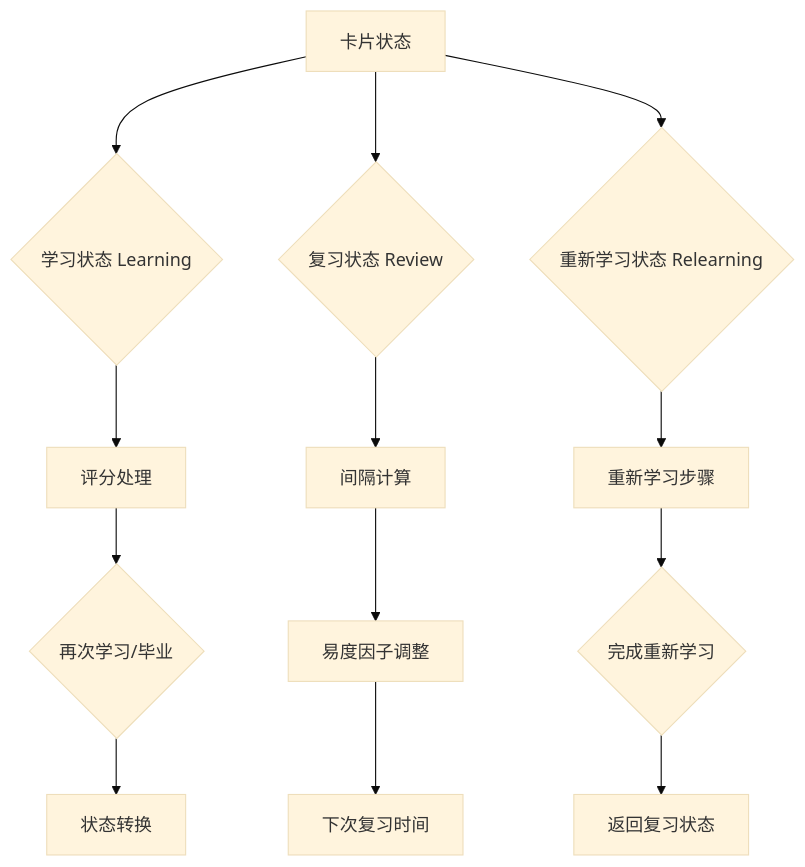
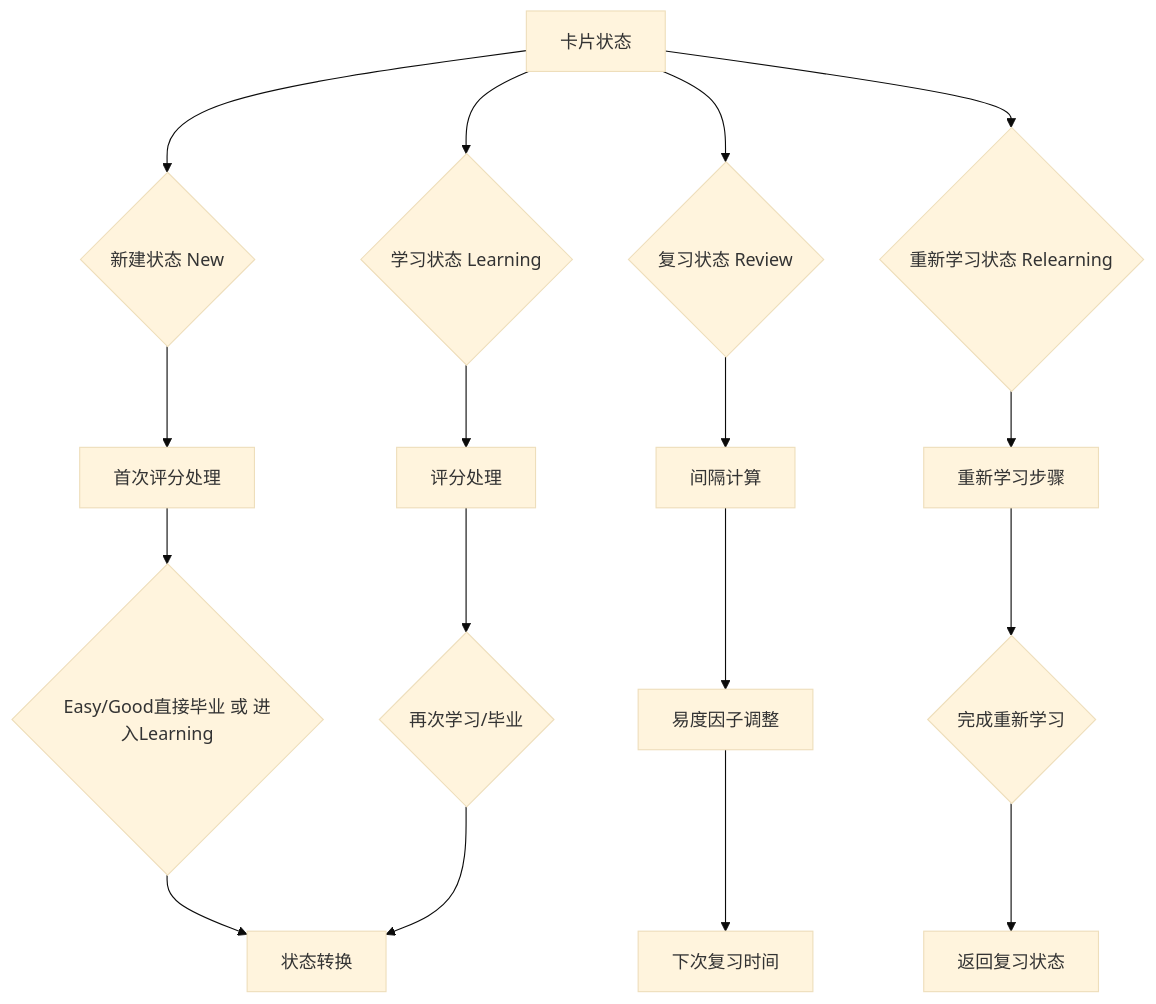
The diagram in .zread/wiki/versions/2026-04-17-125611/8-sm-2suan-fa-shi-xian.md (410122/newanki2), drawn with Mermaid (base theme) before and after one commit. The commit also changed other lines of this file and 13 other files, not shown here.

````diff
--- a/.zread/wiki/versions/2026-04-17-125611/8-sm-2suan-fa-shi-xian.md
+++ b/.zread/wiki/versions/2026-04-17-125611/8-sm-2suan-fa-shi-xian.md
@@ -7,18 +7,23 @@
 ```mermaid
 flowchart TD
-    A[卡片状态] --> B{学习状态 Learning}
+    A[卡片状态] --> N{新建状态 New}
+    A --> B{学习状态 Learning}
     A --> C{复习状态 Review}
     A --> D{重新学习状态 Relearning}
+    
+    N --> N1[首次评分处理]
+    N1 --> N2{Easy/Good直接毕业 或 进入Learning}
+    N2 --> G
     
     B --> E[评分处理]
     E --> F{再次学习/毕业}
     F --> G[状态转换]
     
     C --> H[间隔计算]
     H --> I[易度因子调整]
     I --> J[下次复习时间]
     
     D --> K[重新学习步骤]
     K --> L{完成重新学习}
     L --> M[返回复习状态]
 ```
````
